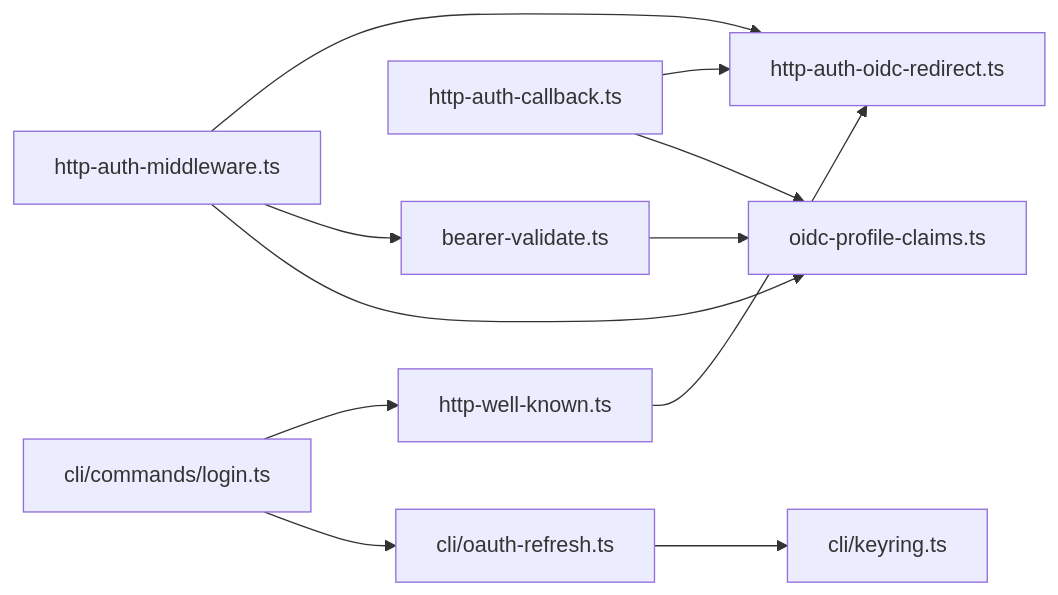
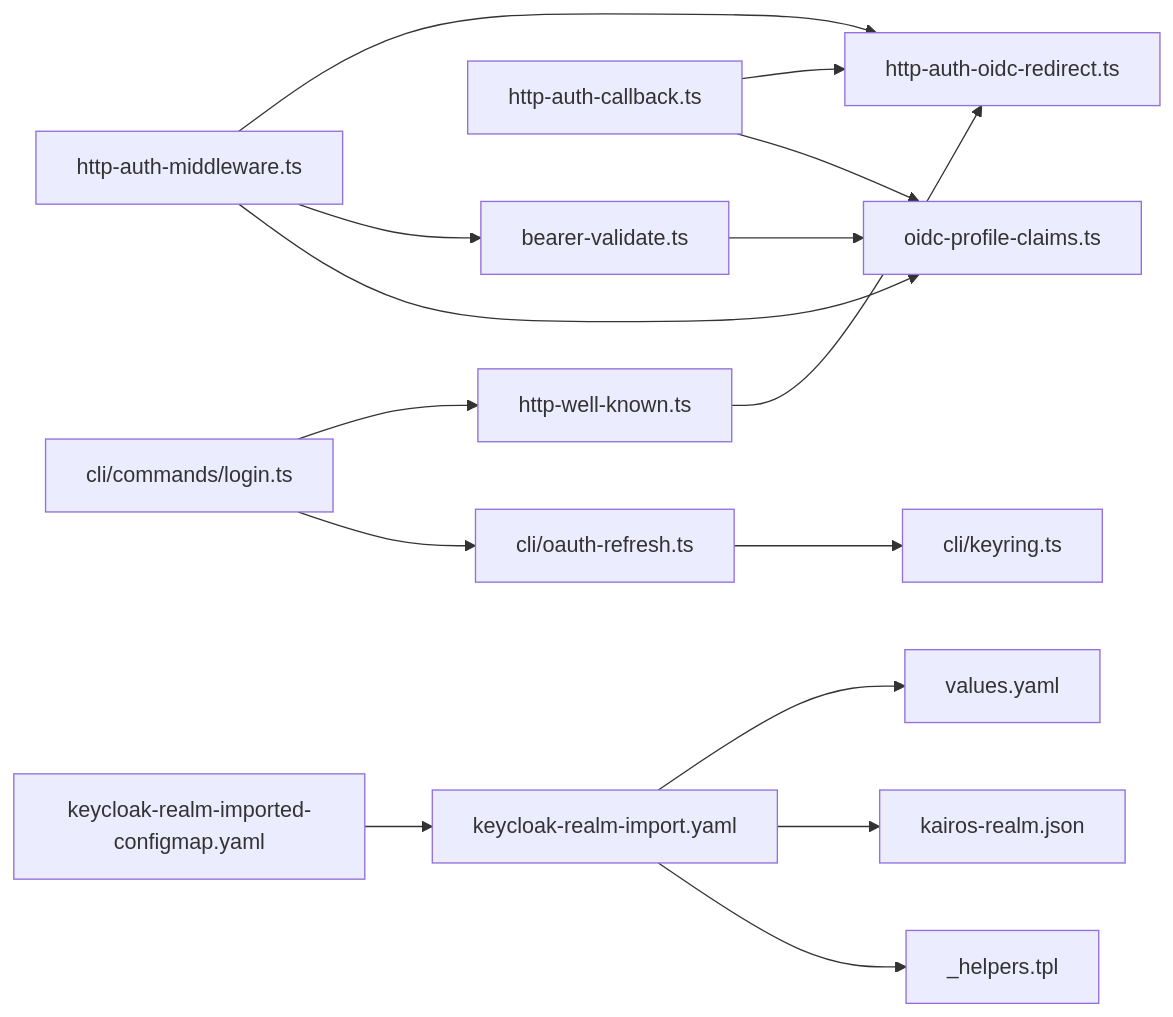
The ninth of 9 diagrams in .qoder/repowiki/en/content/Architecture & Design/Core Services Architecture/Authentication Services Architecture/Authentication Services Architecture.md (debian777/kairos-mcp), drawn with Mermaid before and after one commit. The commit also changed other lines of this file and 16 other files, not shown here.

````diff
--- a/.qoder/repowiki/en/content/Architecture & Design/Core Services Architecture/Authentication Services Architecture/Authentication Services Architecture.md
+++ b/.qoder/repowiki/en/content/Architecture & Design/Core Services Architecture/Authentication Services Architecture/Authentication Services Architecture.md
@@ -324,13 +388,17 @@
 ```mermaid
 graph LR
 MW["http-auth-middleware.ts"] --> REDIR["http-auth-oidc-redirect.ts"]
 MW --> BEAR["bearer-validate.ts"]
 MW --> CLAIMS["oidc-profile-claims.ts"]
 CB["http-auth-callback.ts"] --> REDIR
 CB --> CLAIMS
 BEAR --> CLAIMS
 WELL["http-well-known.ts"] --> REDIR
 LOGIN["cli/commands/login.ts"] --> WELL
 LOGIN --> REFRESH["cli/oauth-refresh.ts"]
 REFRESH --> KEYRING["cli/keyring.ts"]
+REIMPL["keycloak-realm-import.yaml"] --> VALUES["values.yaml"]
+REIMPL --> REALMJSON["kairos-realm.json"]
+REIMPL --> HELPERS["_helpers.tpl"]
+REIMPC["keycloak-realm-imported-configmap.yaml"] --> REIMPL
 ```
````
